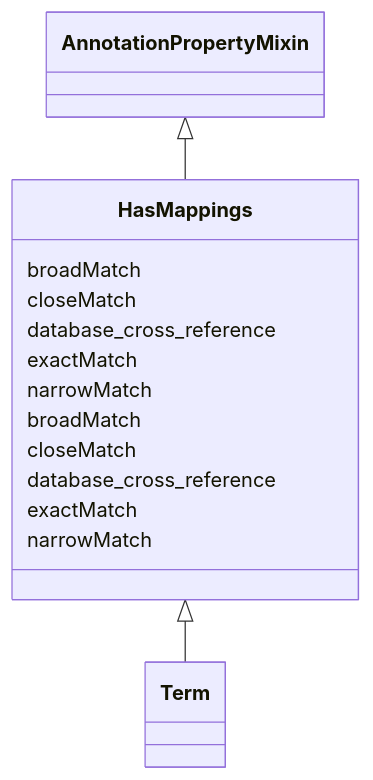
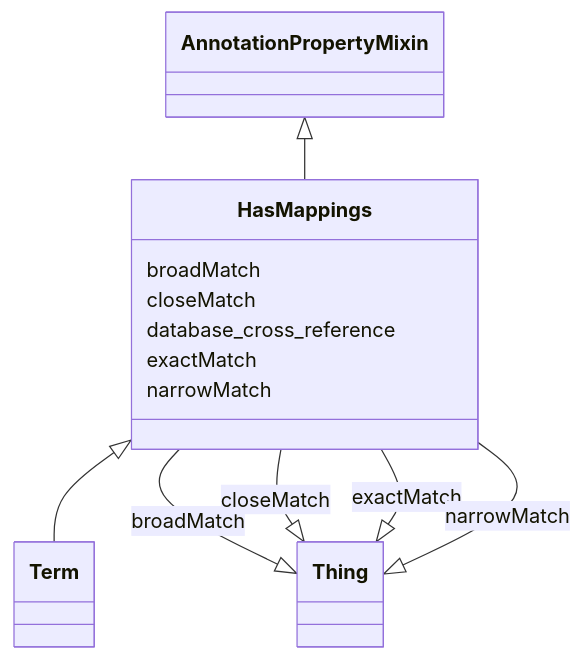
The diagram in ontology-metadata/HasMappings.md (cthoyt/ontology-access-kit), drawn with Mermaid before and after one commit. The commit also changed other lines of this file and 3287 other files, not shown here.

````diff
--- a/ontology-metadata/HasMappings.md
+++ b/ontology-metadata/HasMappings.md
@@ -9,21 +9,29 @@
 ```{mermaid}
  classDiagram
     class HasMappings
       AnnotationPropertyMixin <|-- HasMappings
       
-      HasMappings : broadMatch
-      HasMappings : closeMatch
-      HasMappings : database_cross_reference
-      HasMappings : exactMatch
-      HasMappings : narrowMatch
-      
 
       HasMappings <|-- Term
       
+      
       HasMappings : broadMatch
+        
+          HasMappings --|> Thing : broadMatch
+        
       HasMappings : closeMatch
+        
+          HasMappings --|> Thing : closeMatch
+        
       HasMappings : database_cross_reference
+        
       HasMappings : exactMatch
+        
+          HasMappings --|> Thing : exactMatch
+        
       HasMappings : narrowMatch
+        
+          HasMappings --|> Thing : narrowMatch
+        
       
 ```
````
